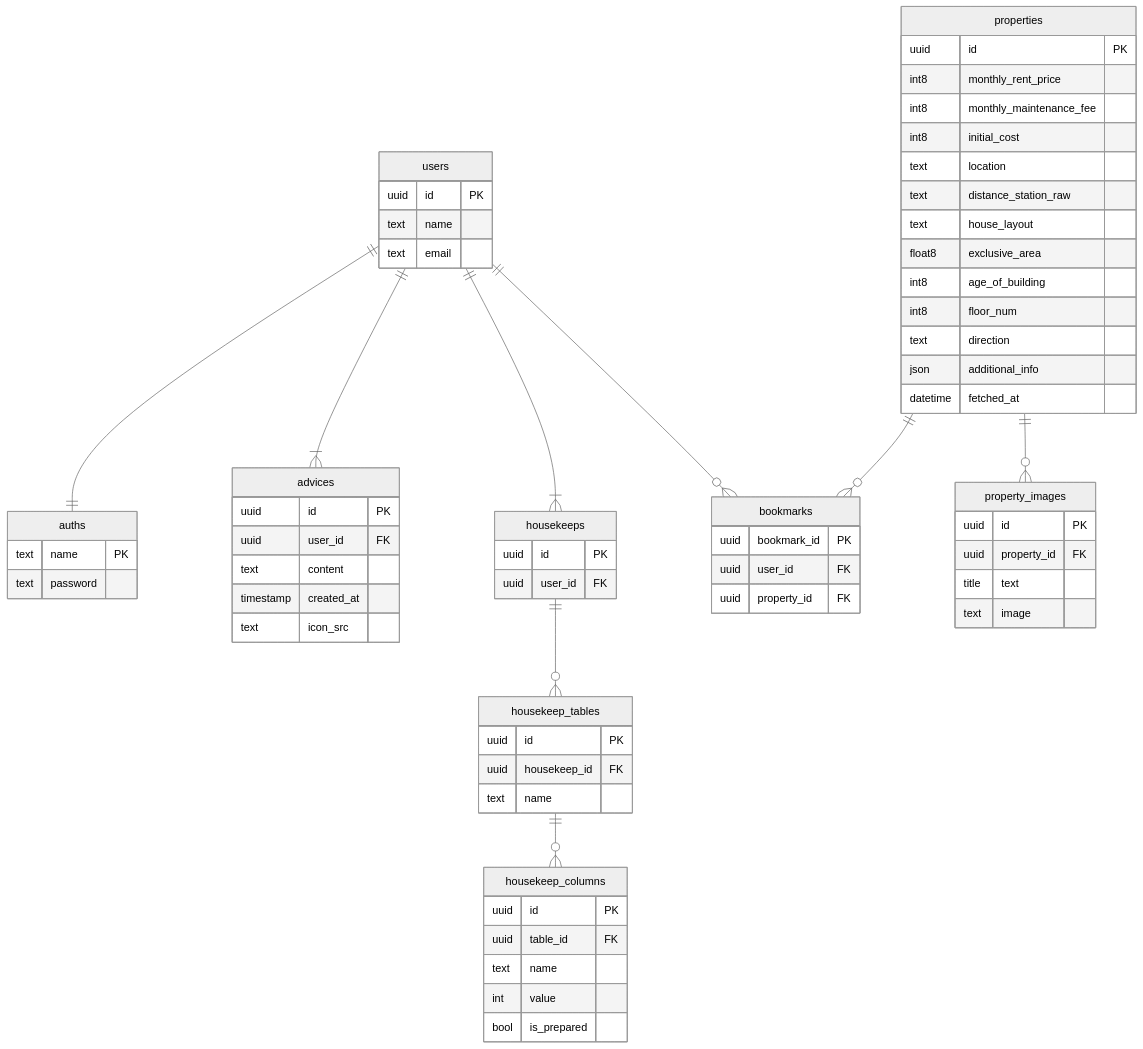
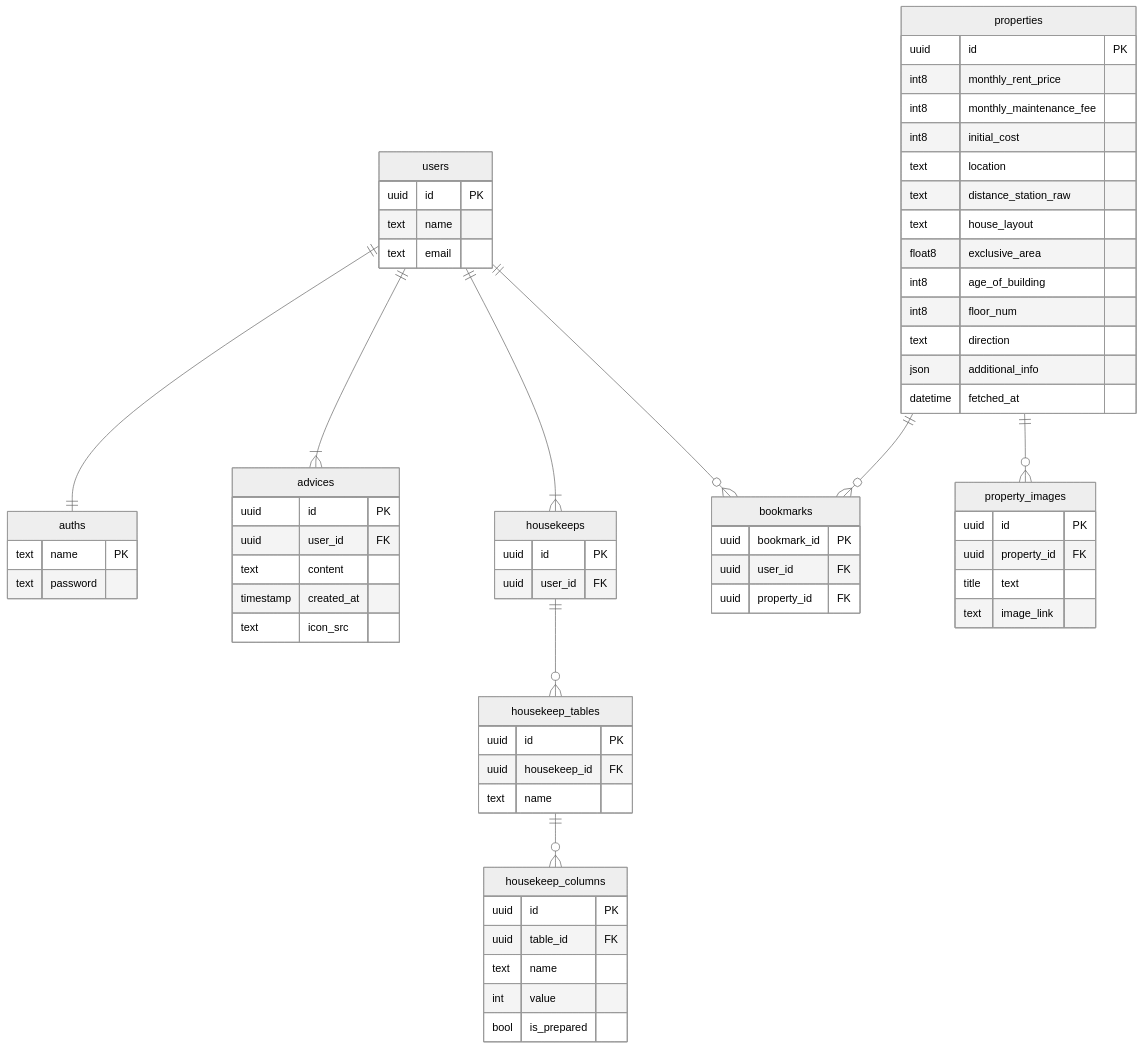
The diagram in docs/ER.md (project-hikkoshiori/hikkoshiori), drawn with Mermaid (neutral theme) before and after one commit. The commit also changed 2 other files, not shown here.

Commit message:
fix newline and docs definition

````diff
--- a/docs/ER.md
+++ b/docs/ER.md
@@ -1,80 +1,80 @@
 ```mermaid
 erDiagram
 
     users ||--|| auths: ""
     users ||--|{ advices: ""
     users ||--|{ housekeeps: ""
     users ||--o{ bookmarks: ""
     housekeeps ||--o{ housekeep_tables: ""
     housekeep_tables ||--o{ housekeep_columns: ""
     properties ||--o{ bookmarks: ""
     properties ||--o{ property_images: ""
 
     auths {
         text name PK
         text password
     }
 
     users {
         uuid id PK
         text name
         text email
     }
 
     advices {
         uuid id PK
         uuid user_id FK
         text content
         timestamp created_at
         text icon_src
     }
 
     housekeeps {
         uuid id PK
         uuid user_id FK
     }
 
     housekeep_tables {
         uuid id PK
         uuid housekeep_id FK
         text name
     }
 
     housekeep_columns {
         uuid id PK
         uuid table_id FK
         text name
         int value
         bool is_prepared
     }
 
 
     bookmarks{
         uuid bookmark_id PK
         uuid user_id FK
         uuid property_id FK
     }
 
     properties{
         uuid id PK
         int8 monthly_rent_price
         int8 monthly_maintenance_fee
         int8 initial_cost
         text location
         text distance_station_raw
         text house_layout
         float8 exclusive_area
         int8 age_of_building
         int8 floor_num
         text direction
         json additional_info
         datetime fetched_at
     }
     
     property_images{
         uuid id PK
         uuid property_id FK
         title text
-        text image 
+        text image_link
     }
 ```
````
